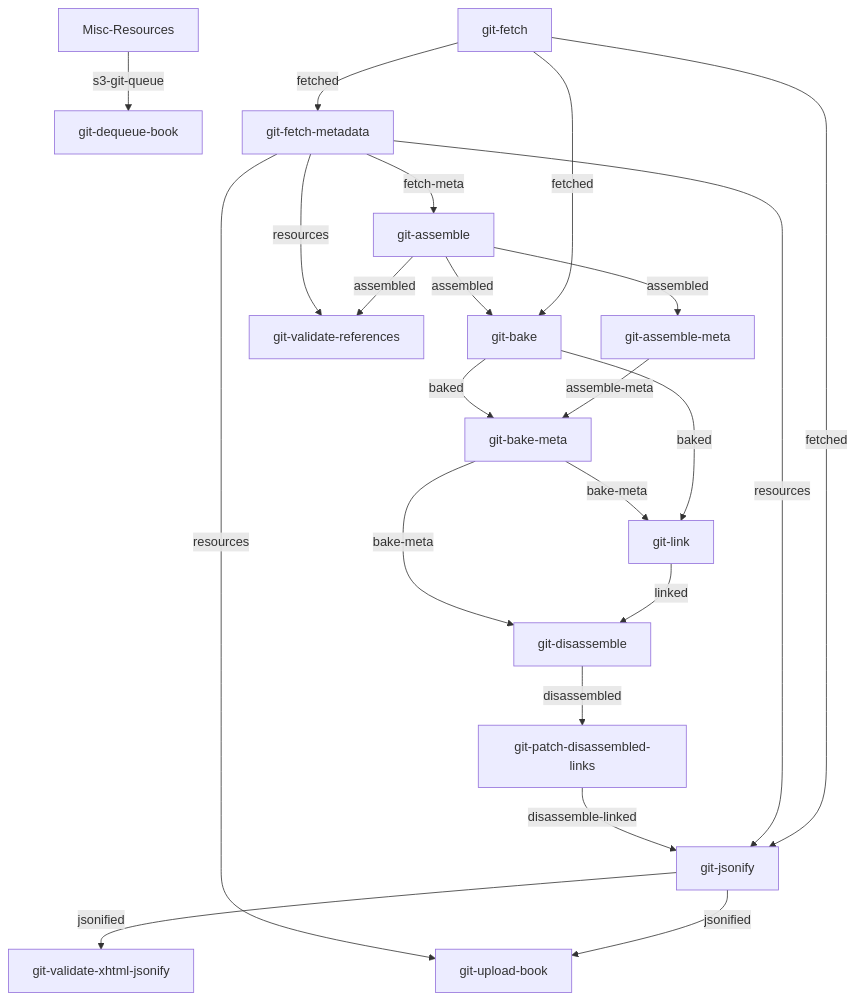
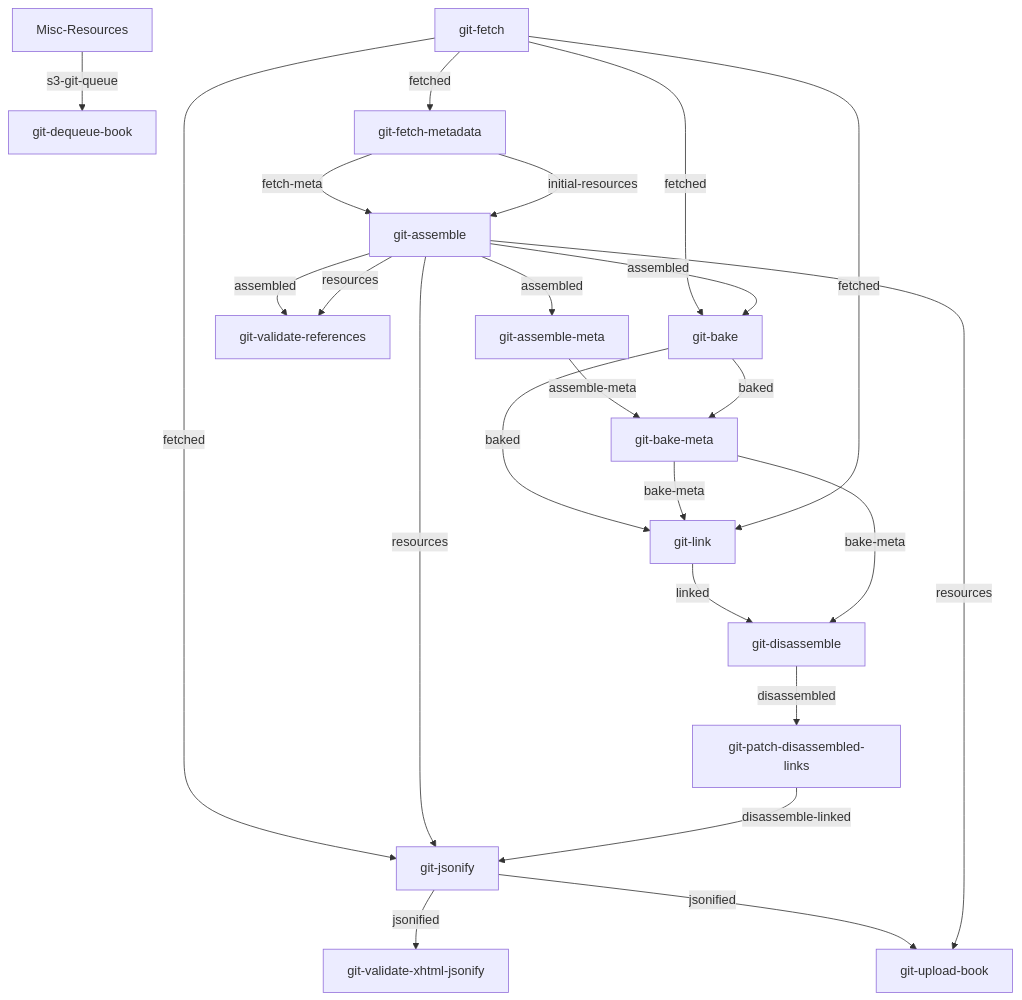
Before and after one commit to openstax/enki: the second of 4 diagrams in build-concourse/graphs/README.md, drawn with Mermaid. The commit also changed other lines of this file and 74 other files, not shown here.

````diff
--- a/build-concourse/graphs/README.md
+++ b/build-concourse/graphs/README.md
@@ -39,24 +41,26 @@
 ```mermaid
 graph TB
     Misc-Resources -- s3-git-queue --> git-dequeue-book
     git-fetch -- fetched --> git-fetch-metadata
     git-fetch-metadata -- fetch-meta --> git-assemble
+    git-fetch-metadata -- initial-resources --> git-assemble
     git-assemble -- assembled --> git-assemble-meta
     git-assemble -- assembled --> git-validate-references
-    git-fetch-metadata -- resources --> git-validate-references
+    git-assemble -- resources --> git-validate-references
     git-fetch -- fetched --> git-bake
     git-assemble -- assembled --> git-bake
     git-assemble-meta -- assemble-meta --> git-bake-meta
     git-bake -- baked --> git-bake-meta
     git-bake -- baked --> git-link
     git-bake-meta -- bake-meta --> git-link
+    git-fetch -- fetched --> git-link
     git-link -- linked --> git-disassemble
     git-bake-meta -- bake-meta --> git-disassemble
     git-disassemble -- disassembled --> git-patch-disassembled-links
     git-fetch -- fetched --> git-jsonify
-    git-fetch-metadata -- resources --> git-jsonify
+    git-assemble -- resources --> git-jsonify
     git-patch-disassembled-links -- disassemble-linked --> git-jsonify
     git-jsonify -- jsonified --> git-validate-xhtml-jsonify
     git-jsonify -- jsonified --> git-upload-book
-    git-fetch-metadata -- resources --> git-upload-book
+    git-assemble -- resources --> git-upload-book
 ```
````
